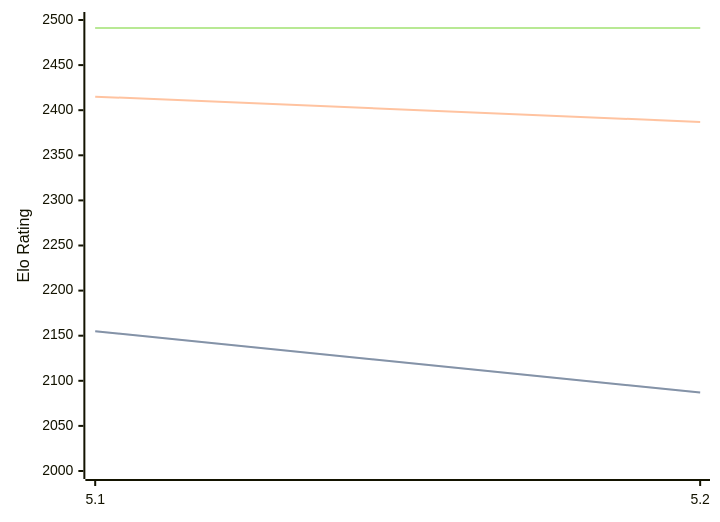
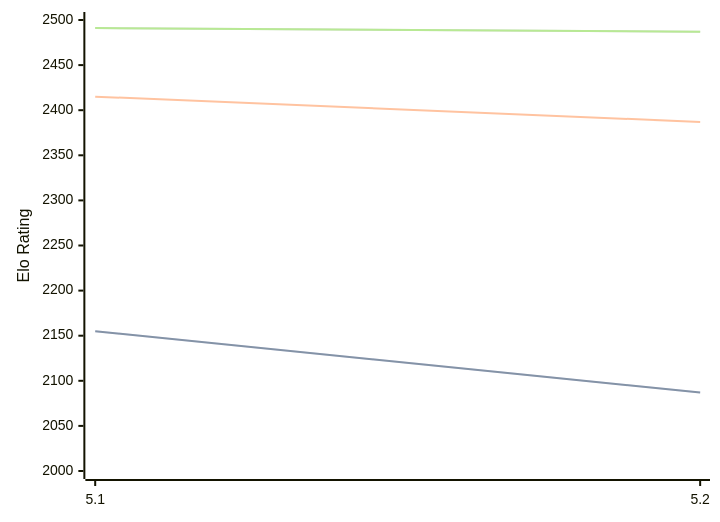
The third of 3 diagrams in engines/Prophet.md (computer-chess-index/cci), drawn with Mermaid before and after one commit. The commit also changed other lines of this file, not shown here.

Commit message:
Update CCI Ratings (ELO VLTC) - 2026-06-23

````diff
--- a/engines/Prophet.md
+++ b/engines/Prophet.md
@@ -71,11 +71,11 @@
 ```mermaid
 %%{init: {"theme":"base","themeVariables":{"seriesColors:['#a3a3a3','#222221','#faa371']}}}%%
 xychart-beta
   x-axis ["5.1", "5.2"]
   y-axis "Elo Rating" 2000 --> 2500
   line "STC (8.0+0.08s)" [2155, 2087]
   line "STC (8.0+0.08s)" [2155, 2087]
   line "LTC (60.0+0.60s)" [2415, 2387]
-  line "VLTC (2m24s+1.12s)" [2491, 2491]
-  line "VLTC (2m24s+1.12s)" [2491, 2491]
+  line "VLTC (2m24s+1.12s)" [2491, 2487]
+  line "VLTC (2m24s+1.12s)" [2491, 2487]
 ```
````
